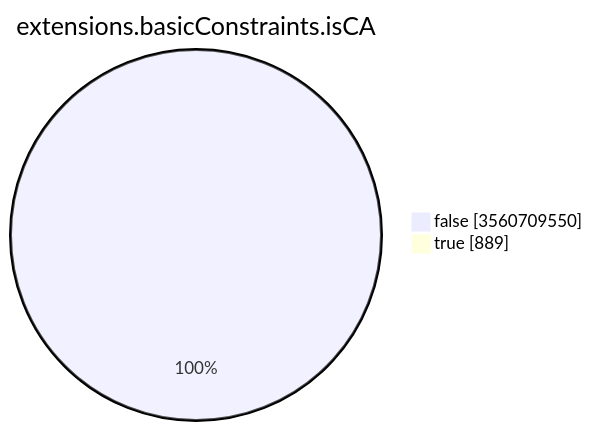
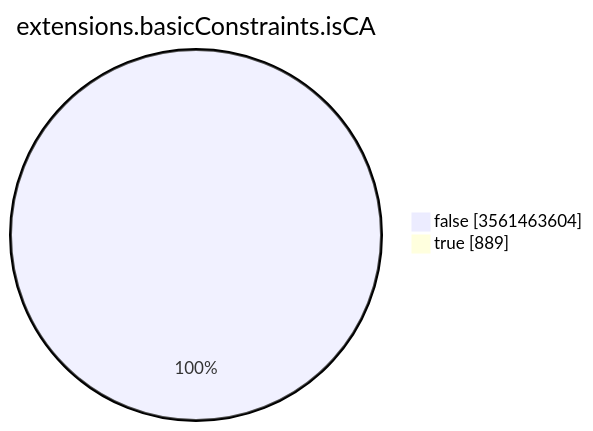
The seventh of 15 diagrams in TOTAL/README.md (christiankrug/ctmonitor_visualization), drawn with Mermaid before and after one commit. The commit also changed other lines of this file, not shown here.

````diff
--- a/TOTAL/README.md
+++ b/TOTAL/README.md
@@ -3094,6 +3094,6 @@
 ```mermaid
 pie showData
 title extensions.basicConstraints.isCA
-"false" :3560709550
+"false" :3561463604
 "true" :889
 ```
````
